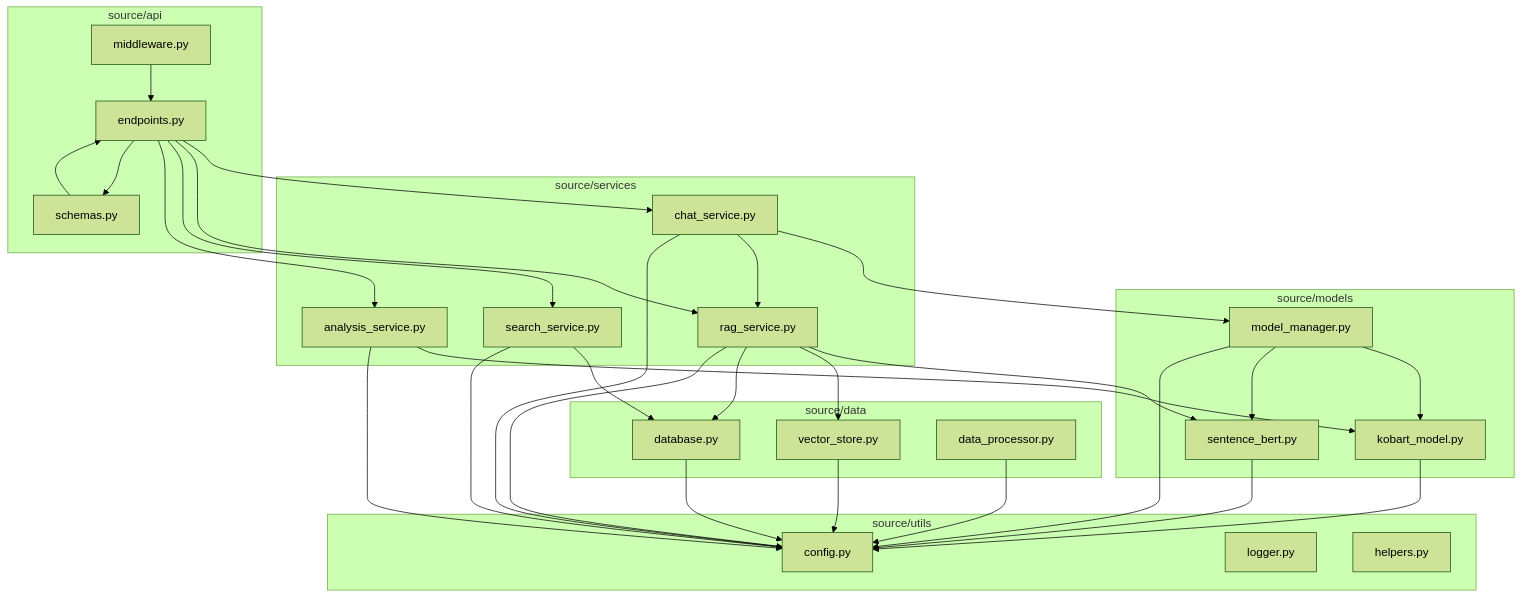
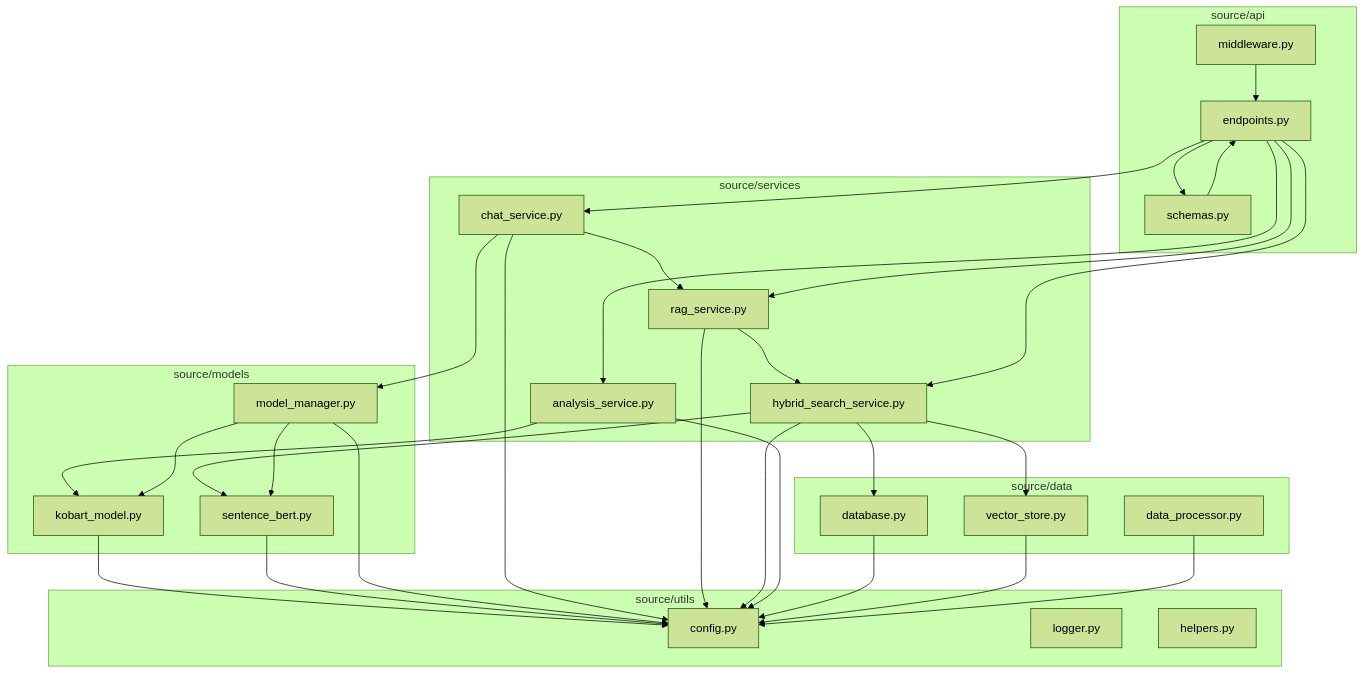
Before and after one commit to kimhaegyeong/LawFirmAI: the fourth of 5 diagrams in docs/architecture/system_architecture.md, drawn with Mermaid (forest theme). The commit also changed other lines of this file and 82 other files, not shown here.

````diff
--- a/docs/architecture/system_architecture.md
+++ b/docs/architecture/system_architecture.md
@@ -153,64 +157,64 @@
 ```mermaid
 graph TD
     subgraph "source/models"
         A[kobart_model.py]
         B[sentence_bert.py]
         C[model_manager.py]
     end
     
     subgraph "source/services"
         D[chat_service.py]
         E[rag_service.py]
-        F[search_service.py]
+        F[hybrid_search_service.py]
         G[analysis_service.py]
     end
     
     subgraph "source/data"
         H[database.py]
         I[vector_store.py]
         J[data_processor.py]
     end
     
     subgraph "source/api"
         K[endpoints.py]
         L[middleware.py]
         M[schemas.py]
     end
     
     subgraph "source/utils"
         N[config.py]
         O[logger.py]
         P[helpers.py]
     end
     
     D --> C
     D --> E
-    E --> B
-    E --> I
-    E --> H
+    E --> F
+    F --> B
+    F --> I
     F --> H
     G --> A
     
     C --> A
     C --> B
     
     K --> D
     K --> E
     K --> F
     K --> G
     K --> M
     
     L --> K
     M --> K
     
     A --> N
     B --> N
     C --> N
     D --> N
     E --> N
     F --> N
     G --> N
     H --> N
     I --> N
     J --> N
 ```
````
